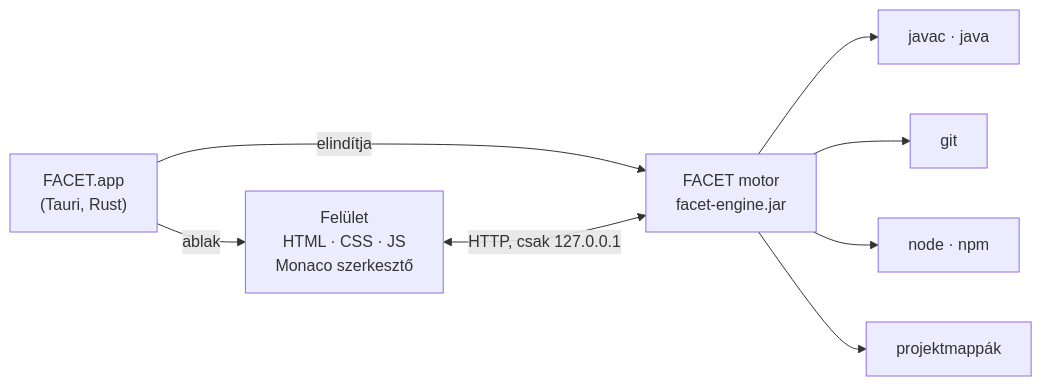
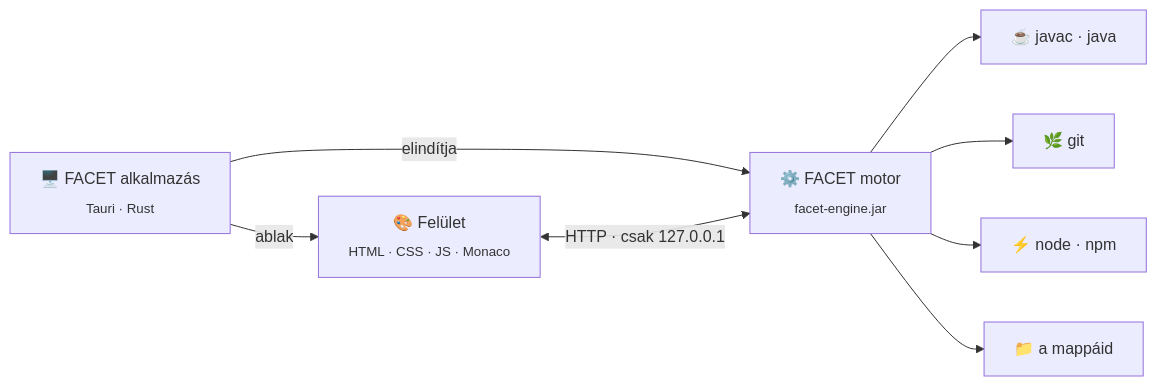
Before and after one commit to BBencht/FacetCode: the diagram in README.md, drawn with Mermaid. The commit also changed other lines of this file and 12 other files, not shown here.

````diff
--- a/README.md
+++ b/README.md
@@ -157,10 +274,10 @@
 ```mermaid
 flowchart LR
-    A["FACET.app<br/>(Tauri, Rust)"] -- elindítja --> B["FACET motor<br/>facet-engine.jar"]
-    A -- ablak --> C["Felület<br/>HTML · CSS · JS<br/>Monaco szerkesztő"]
-    C <-- "HTTP, csak 127.0.0.1" --> B
-    B --> D["javac · java"]
-    B --> E["git"]
-    B --> F["node · npm"]
-    B --> G["projektmappák"]
+    A["🖥️ FACET alkalmazás<br/><sub>Tauri · Rust</sub>"] -- elindítja --> B["⚙️ FACET motor<br/><sub>facet-engine.jar</sub>"]
+    A -- ablak --> C["🎨 Felület<br/><sub>HTML · CSS · JS · Monaco</sub>"]
+    C <-- "HTTP · csak 127.0.0.1" --> B
+    B --> D["☕ javac · java"]
+    B --> E["🌿 git"]
+    B --> F["⚡ node · npm"]
+    B --> G["📁 a mappáid"]
 ```
````
